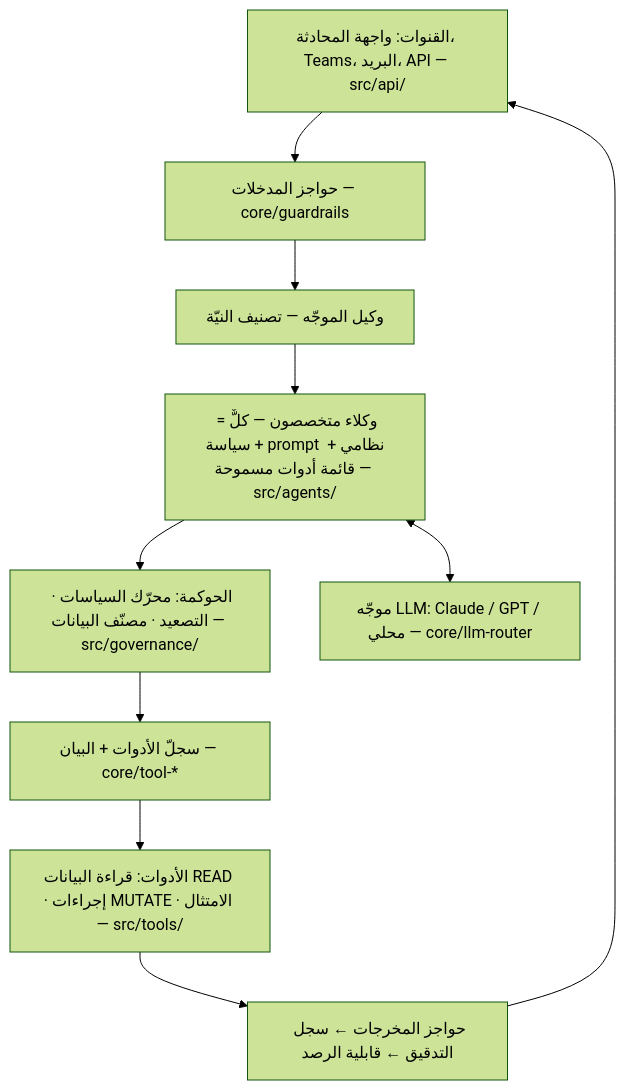
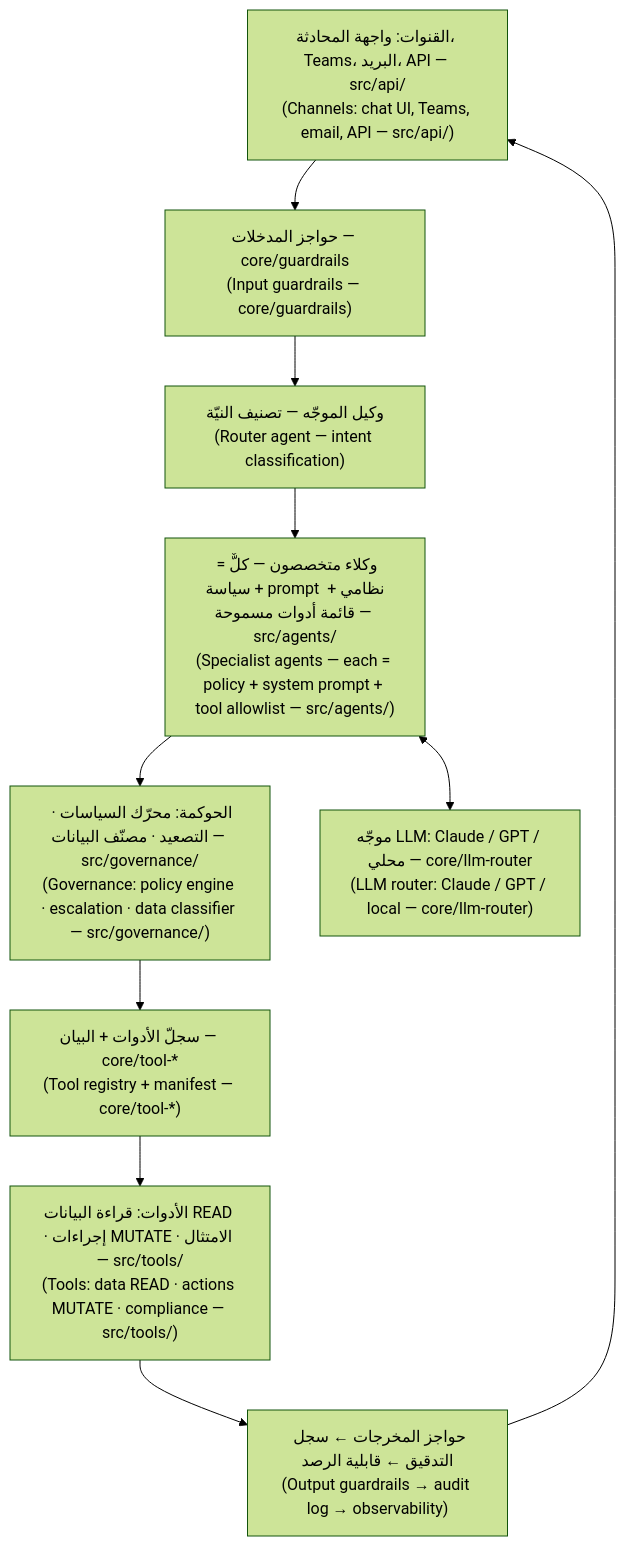
One commit to Tamoura/AI-agents changed the first of 4 diagrams in qdb-agent-framework/docs/PRODUCTION-PLAYBOOK.ar.md. Above: the diagram before and after it, drawn with Mermaid (forest theme). The commit also changed other lines of this file and 3 other files, not shown here.

First line of the commit message:
Arabic docs: English on every diagram label; rebuild Arabic HTML

````diff
--- a/qdb-agent-framework/docs/PRODUCTION-PLAYBOOK.ar.md
+++ b/qdb-agent-framework/docs/PRODUCTION-PLAYBOOK.ar.md
@@ -45,17 +45,17 @@
 ```mermaid
 flowchart TB
-    CH["القنوات: واجهة المحادثة، Teams، البريد، API — src/api/"]
-    GI["حواجز المدخلات — core/guardrails"]
-    RT["وكيل الموجّه — تصنيف النيّة"]
-    SA["وكلاء متخصصون — كلٌّ = سياسة + prompt نظامي + قائمة أدوات مسموحة — src/agents/"]
-    GOV["الحوكمة: محرّك السياسات · التصعيد · مصنّف البيانات — src/governance/"]
-    TR["سجلّ الأدوات + البيان — core/tool-*"]
-    TOOLS["الأدوات: قراءة البيانات READ · إجراءات MUTATE · الامتثال — src/tools/"]
-    GO["حواجز المخرجات ← سجل التدقيق ← قابلية الرصد"]
-    LLM["موجّه LLM: Claude / GPT / محلي — core/llm-router"]
+    CH["القنوات: واجهة المحادثة، Teams، البريد، API — src/api/<br/>(Channels: chat UI, Teams, email, API — src/api/)"]
+    GI["حواجز المدخلات — core/guardrails<br/>(Input guardrails — core/guardrails)"]
+    RT["وكيل الموجّه — تصنيف النيّة<br/>(Router agent — intent classification)"]
+    SA["وكلاء متخصصون — كلٌّ = سياسة + prompt نظامي + قائمة أدوات مسموحة — src/agents/<br/>(Specialist agents — each = policy + system prompt + tool allowlist — src/agents/)"]
+    GOV["الحوكمة: محرّك السياسات · التصعيد · مصنّف البيانات — src/governance/<br/>(Governance: policy engine · escalation · data classifier — src/governance/)"]
+    TR["سجلّ الأدوات + البيان — core/tool-*<br/>(Tool registry + manifest — core/tool-*)"]
+    TOOLS["الأدوات: قراءة البيانات READ · إجراءات MUTATE · الامتثال — src/tools/<br/>(Tools: data READ · actions MUTATE · compliance — src/tools/)"]
+    GO["حواجز المخرجات ← سجل التدقيق ← قابلية الرصد<br/>(Output guardrails → audit log → observability)"]
+    LLM["موجّه LLM: Claude / GPT / محلي — core/llm-router<br/>(LLM router: Claude / GPT / local — core/llm-router)"]
 
     CH --> GI --> RT --> SA
     SA --> GOV --> TR --> TOOLS --> GO
     SA <--> LLM
     GO --> CH
 ```
````
